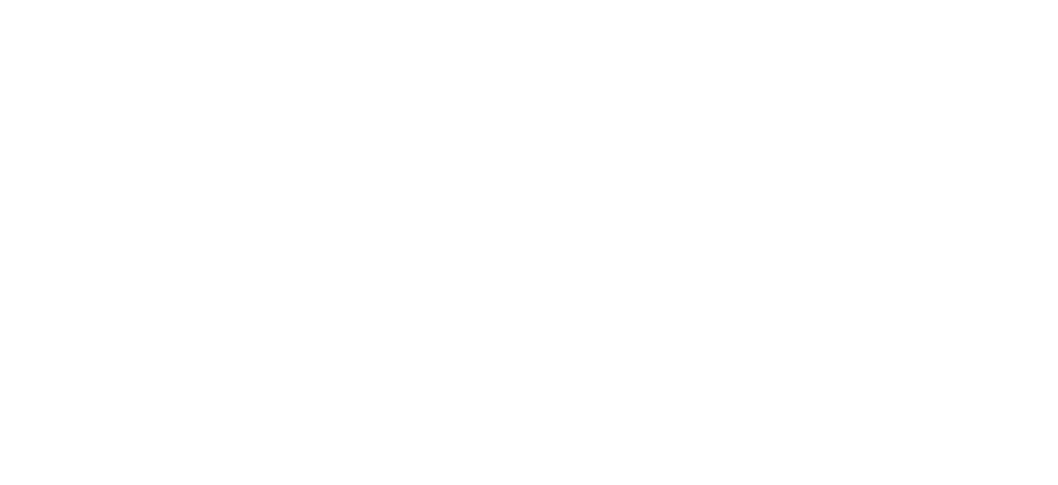
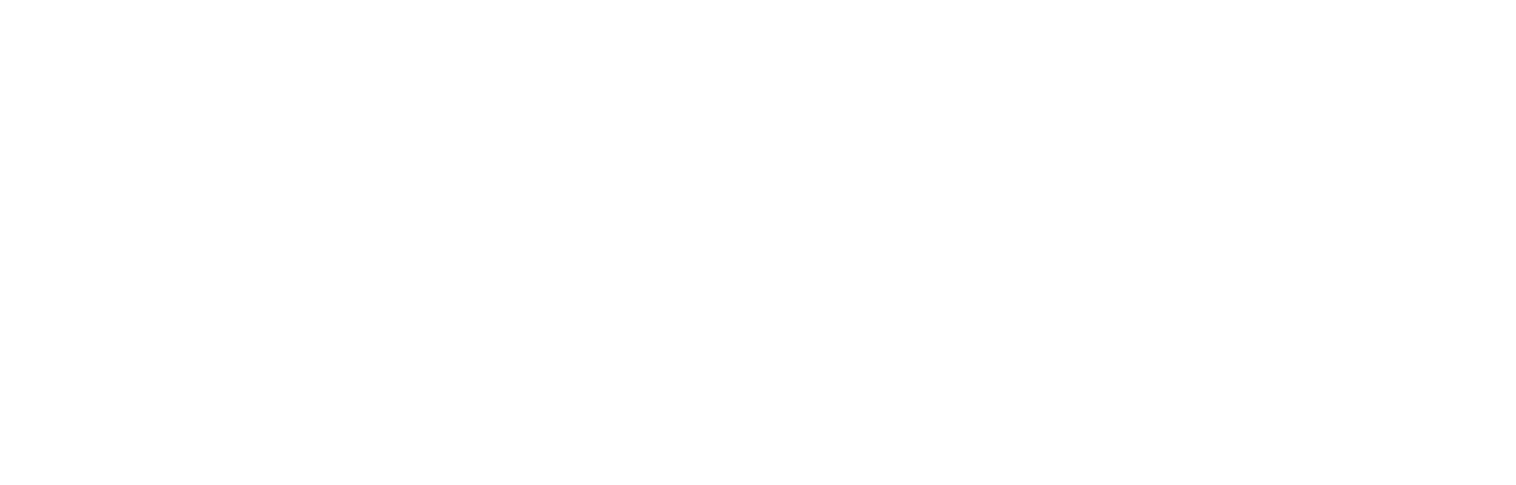
One commit to toane/Congruence changed the diagram in class_diagram.dot. Above: the diagram before and after it, drawn with Graphviz. The commit also changed 2 other files, not shown here.

```diff
--- a/class_diagram.dot
+++ b/class_diagram.dot
@@ -1,40 +1,42 @@
 digraph G {
         fontsize = 8
         rankdir = "BT"
         dpi=200
 
         node [
                 fontsize = 8
                 shape = "record"
             ]
 
   edge [
                 arrowhead = "empty"
         ]
 
 "Thread" [
  label = "{Thread|+ run}"
 ]
 
 "DBFace" [
     label = "{DBFace|+ find_with_content (str) \l+ find_with_search_term (str)}"
 ]
 
 
 "JSScrapper" -> "Thread"
 "StaticScrapper" -> "Thread"
 "CNNScrapper" -> "JSScrapper"
 "NouvelobsScrapper" -> "StaticScrapper"
 "LiberationScrapper" -> "StaticScrapper"
 "FigaroScrapper" -> "StaticScrapper"
+"NYTScrapper" -> "StaticScrapper"
+"BBCScrapper" -> "StaticScrapper"
 
   edge [
                 arrowhead = "normal"
         ]
 "LiberationScrapper" -> "DBFace"
 "NouvelobsScrapper" -> "DBFace"
 "FigaroScrapper" -> "DBFace"
 "CNNScrapper" -> "DBFace"
 "DBFace" -> "Document"
 
 }
```
